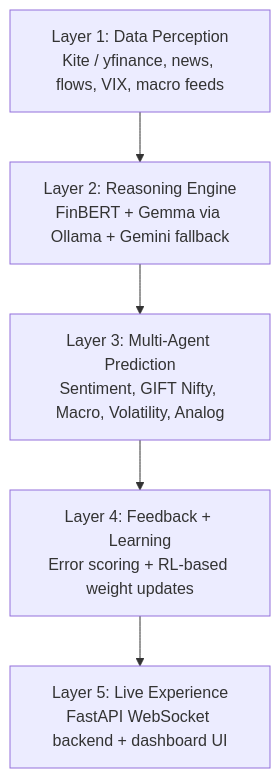
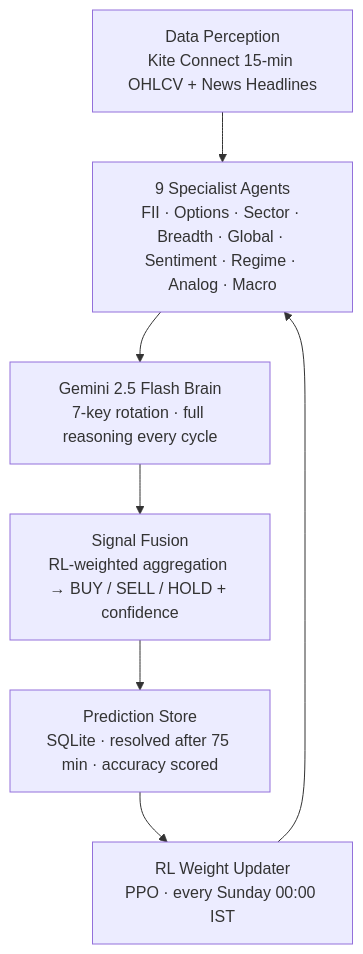
The diagram in README.md (DevWizard-Vandan/ritam), drawn with Mermaid before and after one commit. The commit also changed other lines of this file, not shown here.

Commit message:
docs: overhaul README — remove Gemma/Ollama, update stack, correct roadmap L0-L10, add sandbox + landing vision

````diff
--- a/README.md
+++ b/README.md
@@ -67,7 +67,9 @@
 ```mermaid
 flowchart TD
-    A["Layer 1: Data Perception<br/>Kite / yfinance, news, flows, VIX, macro feeds"] --> B["Layer 2: Reasoning Engine<br/>FinBERT + Gemma via Ollama + Gemini fallback"]
-    B --> C["Layer 3: Multi-Agent Prediction<br/>Sentiment, GIFT Nifty, Macro, Volatility, Analog"]
-    C --> D["Layer 4: Feedback + Learning<br/>Error scoring + RL-based weight updates"]
-    D --> E["Layer 5: Live Experience<br/>FastAPI WebSocket backend + dashboard UI"]
+    A["Data Perception\nKite Connect 15-min OHLCV + News Headlines"] --> B["9 Specialist Agents\nFII · Options · Sector · Breadth · Global · Sentiment · Regime · Analog · Macro"]
+    B --> C["Gemini 2.5 Flash Brain\n7-key rotation · full reasoning every cycle"]
+    C --> D["Signal Fusion\nRL-weighted aggregation → BUY / SELL / HOLD + confidence"]
+    D --> E["Prediction Store\nSQLite · resolved after 75 min · accuracy scored"]
+    E --> F["RL Weight Updater\nPPO · every Sunday 00:00 IST"]
+    F --> B
 ```
````
